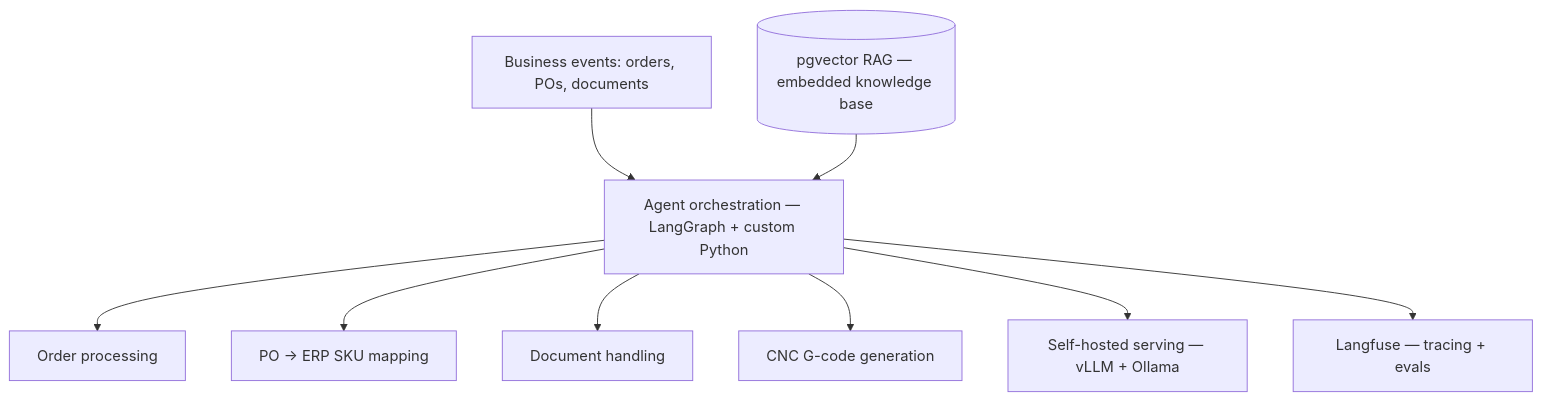
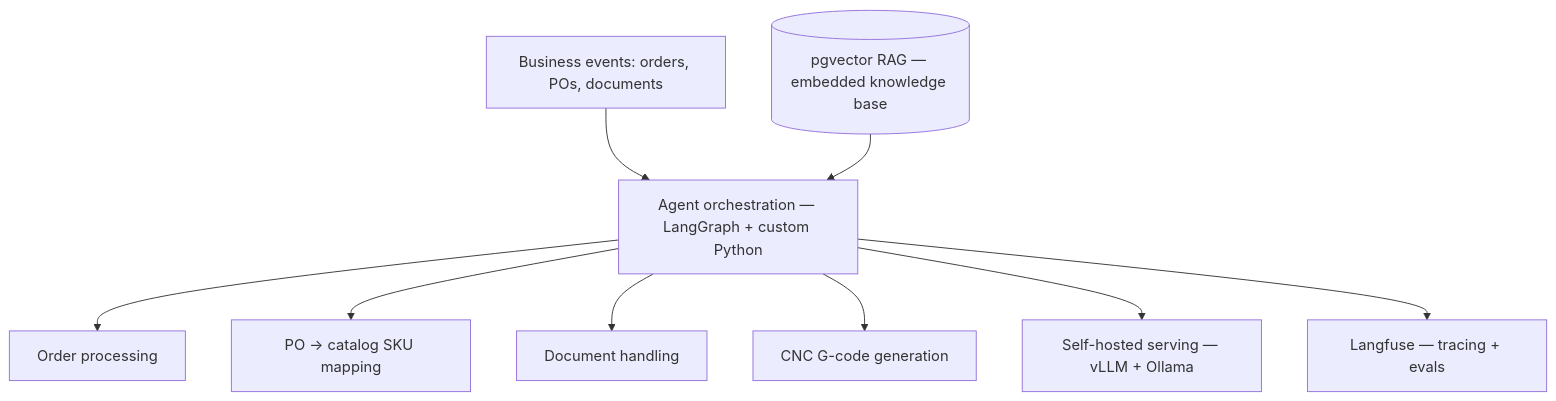
One commit to wtcrowe4/work-casebook changed the first of 6 diagrams in README.md. Above: the diagram before and after it, drawn with Mermaid. The commit also changed other lines of this file, not shown here.

````diff
--- a/README.md
+++ b/README.md
@@ -15,11 +15,11 @@
 ```mermaid
 flowchart TD
     I[Business events: orders, POs, documents] --> O[Agent orchestration — LangGraph + custom Python]
     O --> A1[Order processing]
-    O --> A2[PO → ERP SKU mapping]
+    O --> A2[PO → catalog SKU mapping]
     O --> A3[Document handling]
     O --> A4[CNC G-code generation]
     O --> S[Self-hosted serving — vLLM + Ollama]
     R[(pgvector RAG — embedded knowledge base)] --> O
     O --> L[Langfuse — tracing + evals]
 ```
````
